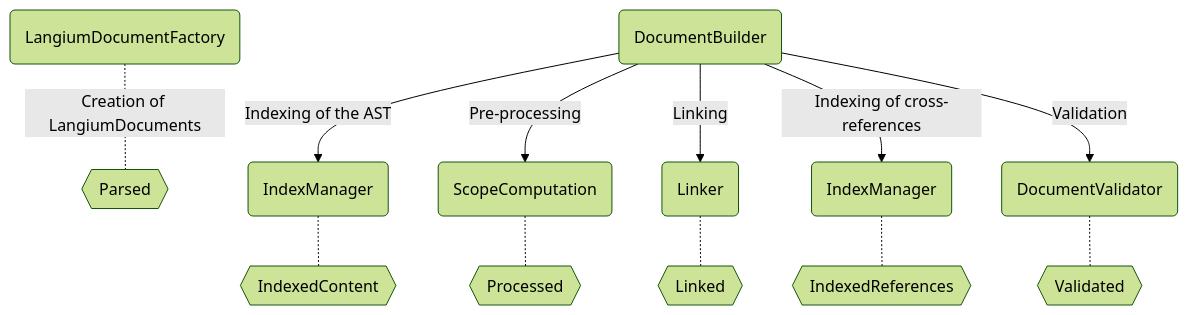
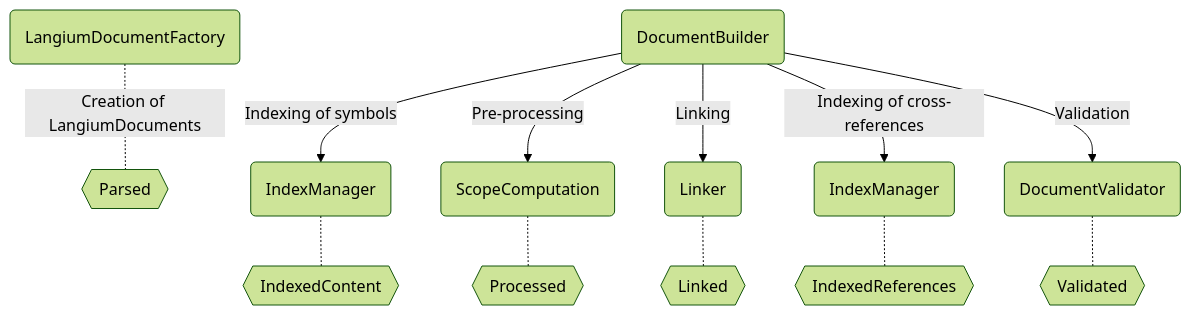
The first of 7 diagrams in content/docs/document-lifecycle.md (eclipse-langium/langium-website), drawn with Mermaid (forest theme) before and after one commit. The commit also changed other lines of this file, not shown here.

Commit message:
Added more details to document lifecycle

```diff
--- a/content/docs/document-lifecycle.md
+++ b/content/docs/document-lifecycle.md
@@ -16,17 +18,17 @@
 {{<mermaid>}}
 graph TD;
 N(LangiumDocumentFactory) -.-|Creation of LangiumDocuments| C{{Parsed}}
 
-A(DocumentBuilder) -->|Indexing of the AST| D(IndexManager) -.- E{{IndexedContent}}
+A(DocumentBuilder) -->|Indexing of symbols| D(IndexManager) -.- E{{IndexedContent}}
 A -->|Pre-processing| F(ScopeComputation) -.- G{{Processed}}
 A -->|Linking| H(Linker) -.- I{{Linked}}
 A -->|Indexing of cross-references| J(IndexManager) -.- K{{IndexedReferences}} 
 A -->|Validation| L(DocumentValidator) -.- M{{Validated}}
 
 click N "./#creation-of-langiumdocuments"
-click D "./#indexing-of-the-ast"
+click D "./#indexing-of-symbols"
 click F "./#pre-processing"
 click H "./#linking"
 click J "./#indexing-of-cross-references"
 click L "./#validation"
 {{</mermaid>}}
```
